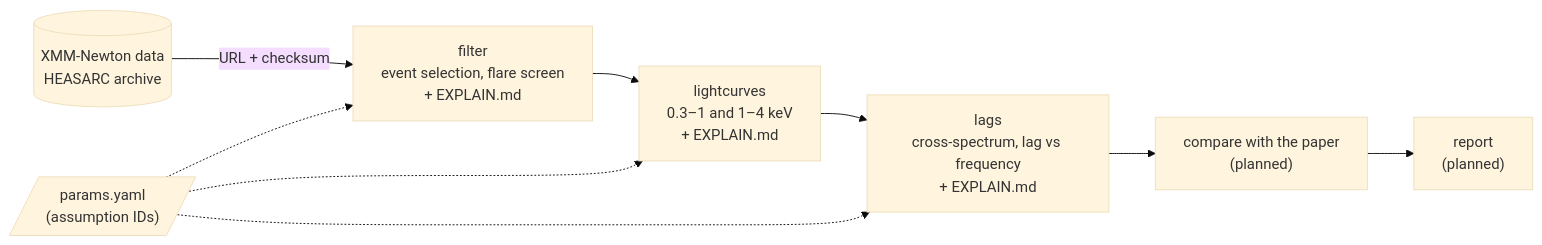
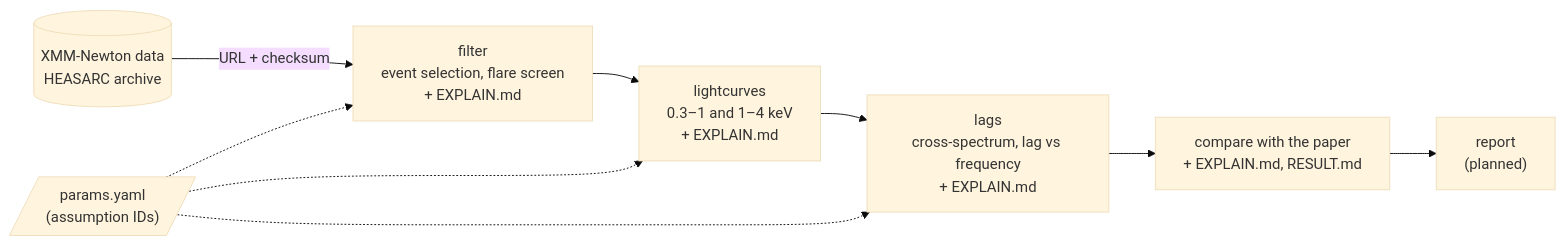
Before and after one commit to phajy/Retrace: the first of 2 diagrams in docs/METHODOLOGY.md, drawn with Mermaid (base theme). The commit also changed other lines of this file and 8 other files, not shown here.

````diff
--- a/docs/METHODOLOGY.md
+++ b/docs/METHODOLOGY.md
@@ -35,9 +35,9 @@
 ```mermaid
 flowchart LR
     data[("XMM-Newton data<br/>HEASARC archive")] -->|"URL + checksum"| filter["filter<br/>event selection, flare screen<br/>+ EXPLAIN.md"]
     filter --> lc["lightcurves<br/>0.3–1 and 1–4 keV<br/>+ EXPLAIN.md"]
     lc --> lags["lags<br/>cross-spectrum, lag vs frequency<br/>+ EXPLAIN.md"]
-    lags --> compare["compare with the paper<br/>(planned)"]
+    lags --> compare["compare with the paper<br/>+ EXPLAIN.md, RESULT.md"]
     compare --> report["report<br/>(planned)"]
     params[/"params.yaml<br/>(assumption IDs)"/] -.-> filter & lc & lags
 ```
````
